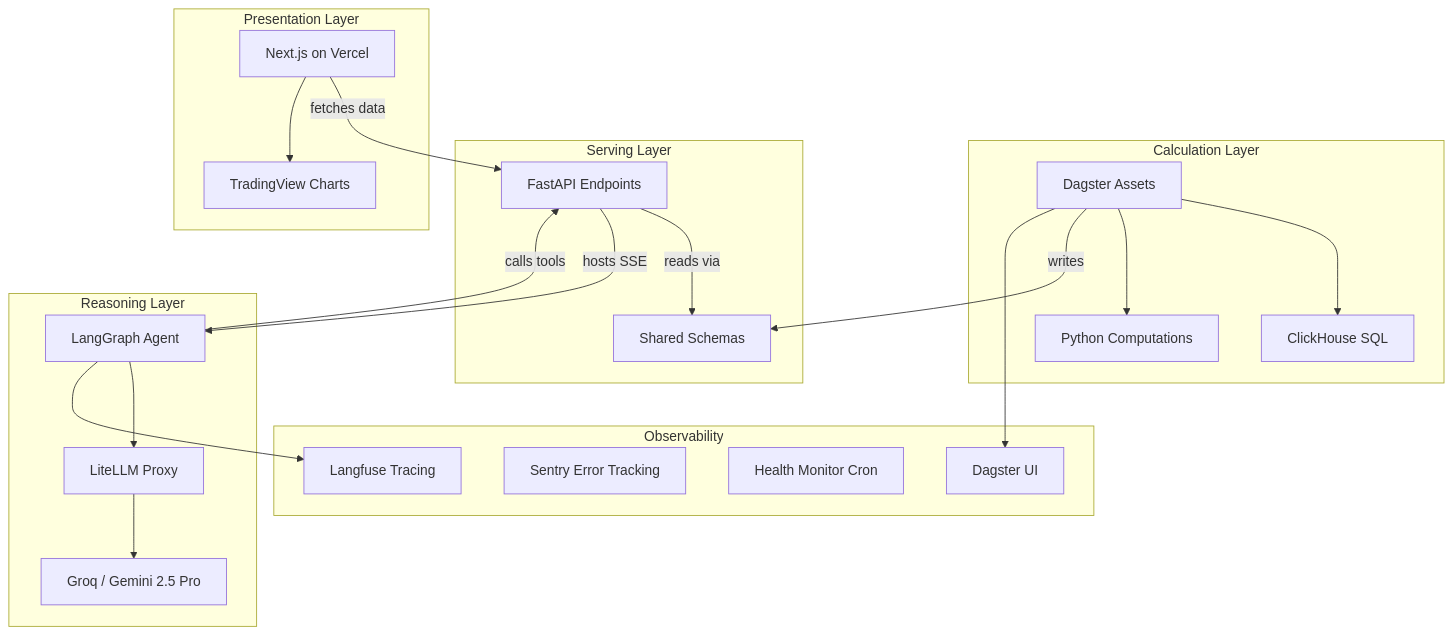
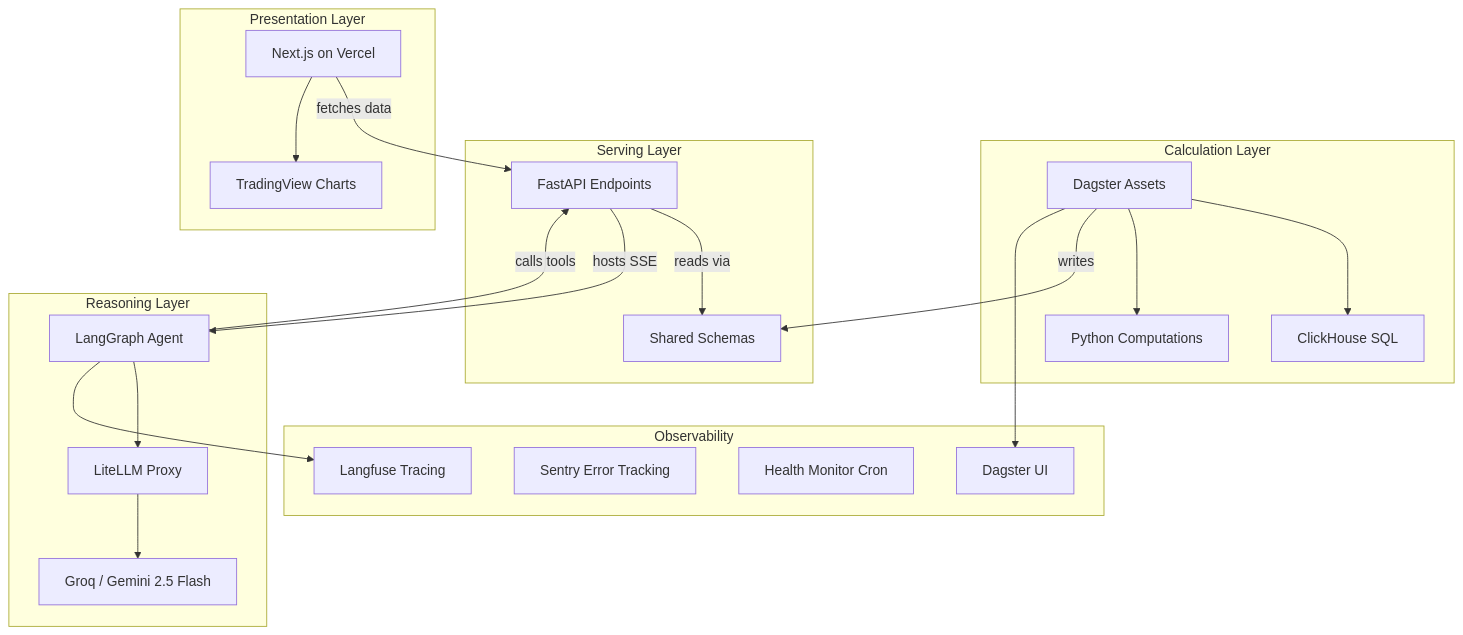
One commit to noahwins-ng/equity-data-agent changed the second of 2 diagrams in docs/project-requirement.md. Above: the diagram before and after it, drawn with Mermaid. The commit also changed other lines of this file and 6 other files, not shown here.

````diff
--- a/docs/project-requirement.md
+++ b/docs/project-requirement.md
@@ -115,43 +115,43 @@
 ```mermaid
 graph TD
     subgraph Calculation Layer
         D[Dagster Assets]
         SQL[ClickHouse SQL]
         PY[Python Computations]
     end
 
     subgraph Serving Layer
         FA[FastAPI Endpoints]
         SC[Shared Schemas]
     end
 
     subgraph Reasoning Layer
         LG[LangGraph Agent]
         LIT[LiteLLM Proxy]
-        OLL[Groq / Gemini 2.5 Pro]
+        OLL[Groq / Gemini 2.5 Flash]
     end
 
     subgraph Presentation Layer
         NX[Next.js on Vercel]
         TV[TradingView Charts]
     end
 
     subgraph Observability
         LF[Langfuse Tracing]
         SE[Sentry Error Tracking]
         HM[Health Monitor Cron]
         DUI[Dagster UI]
     end
 
     D --> SQL
     D --> PY
     D -->|writes| SC
     FA -->|reads via| SC
     LG -->|calls tools| FA
     FA -->|hosts SSE| LG
     NX -->|fetches data| FA
     NX --> TV
     LG --> LIT --> OLL
     LG --> LF
     D --> DUI
 ```
````
